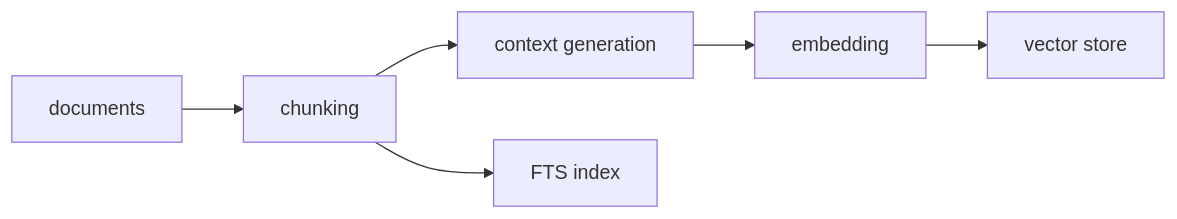
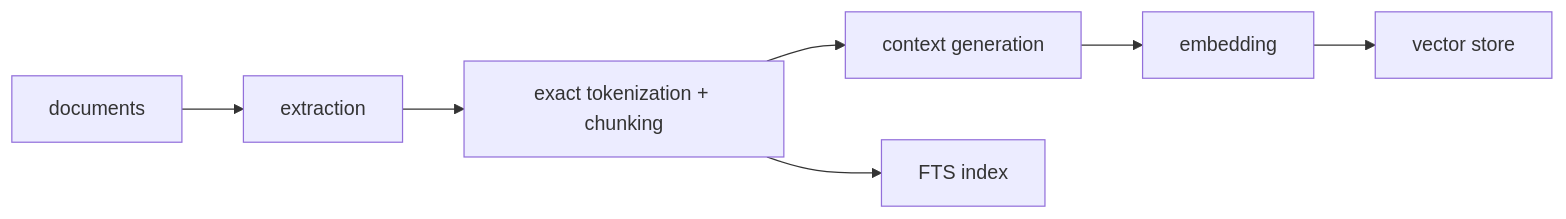
One commit to romankurakin/sova changed the first of 2 diagrams in README.md. Above: the diagram before and after it, drawn with Mermaid. The commit also changed other lines of this file and 14 other files, not shown here.

````diff
--- a/README.md
+++ b/README.md
@@ -18,8 +18,9 @@
 ```mermaid
 flowchart LR
-    A["documents"] --> B["chunking"]
+    A["documents"] --> X["extraction"]
+    X --> B["exact tokenization + chunking"]
     B --> C["context generation"]
     C --> D["embedding"]
     D --> E["vector store"]
     B --> F["FTS index"]
 ```
````
